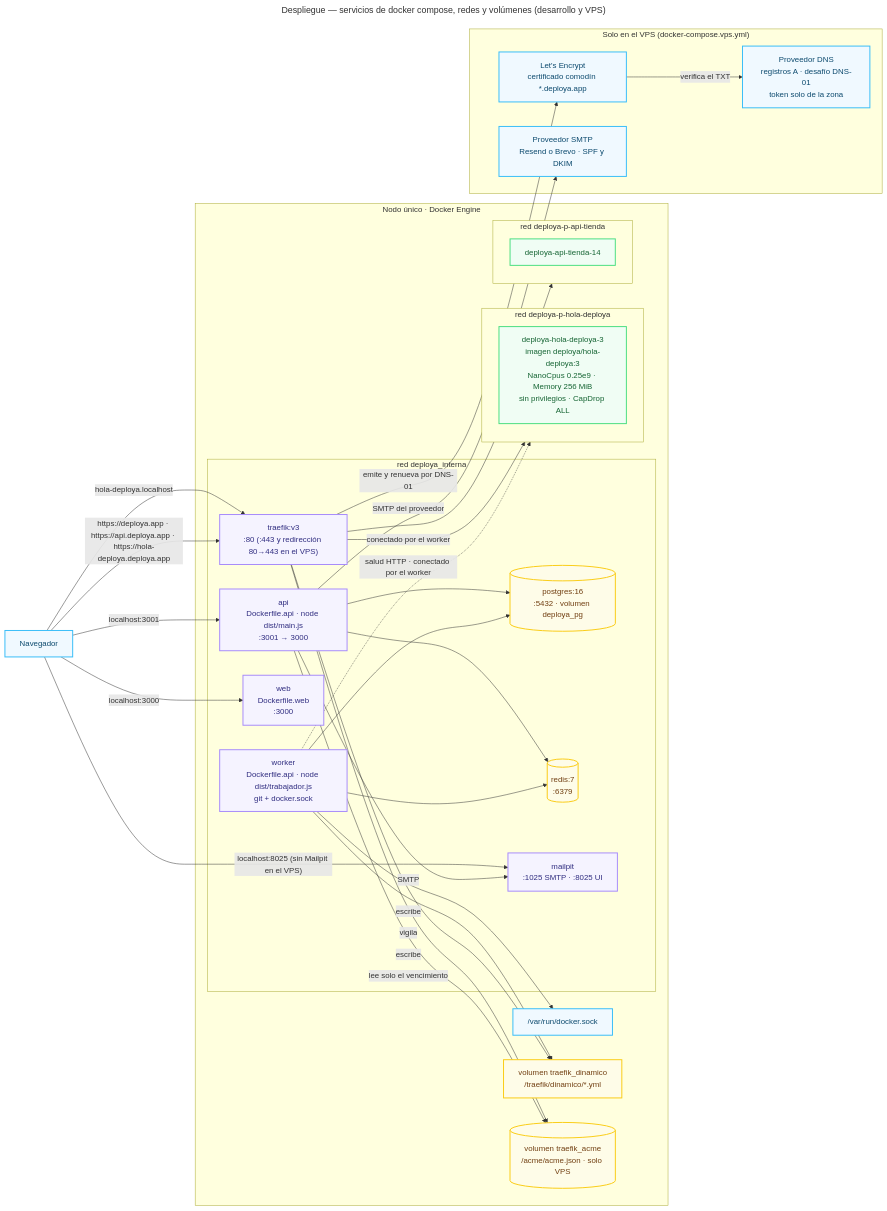
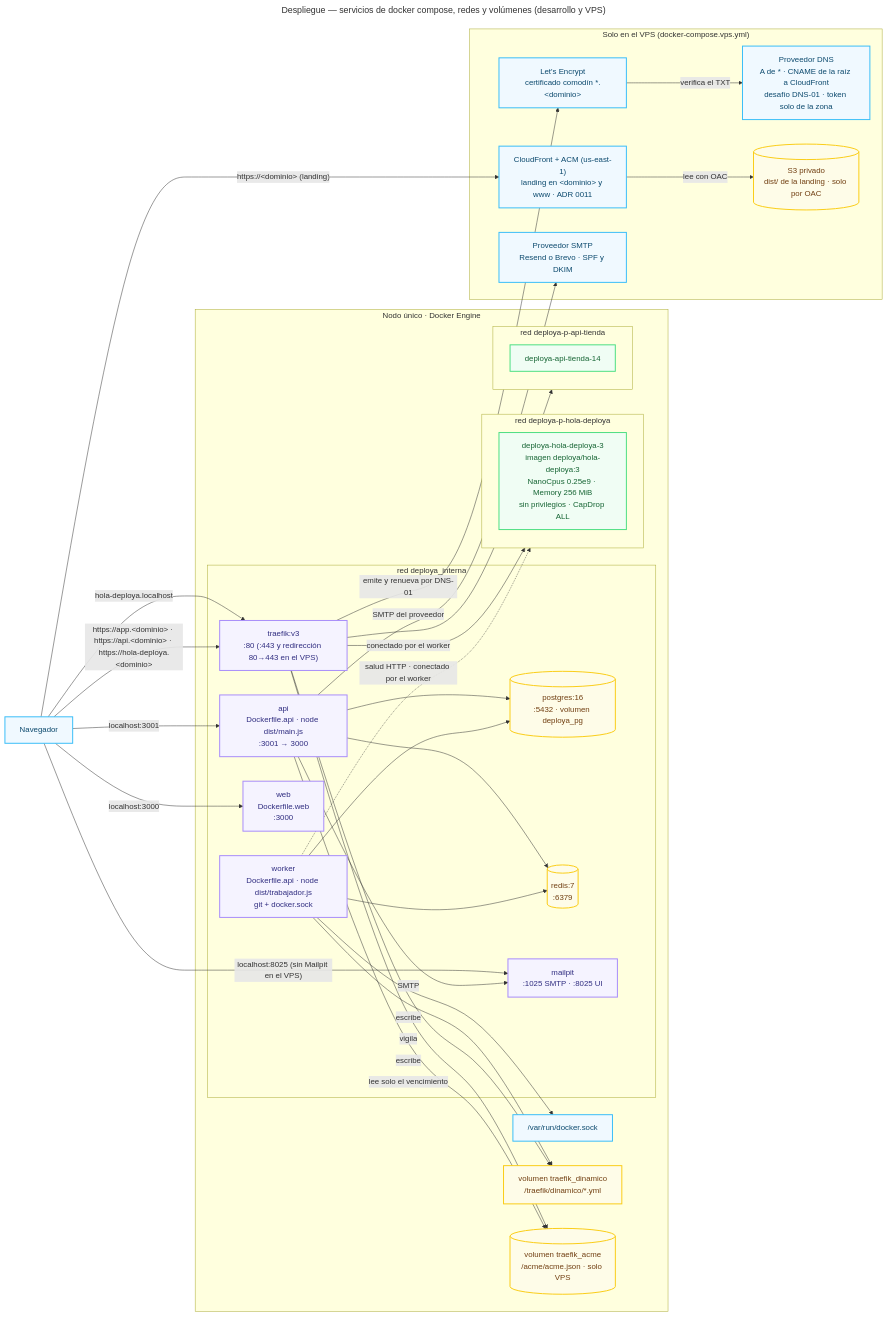
Before and after one commit to derekCmorales/deploya: the diagram in docs/diagramas/compartido/despliegue-infraestructura.mmd, drawn with Mermaid. The commit also changed 22 other files, not shown here.

First line of the commit message:
chore(infra): landing en S3 + CloudFront y la web en app.<dominio>

```diff
--- a/docs/diagramas/compartido/despliegue-infraestructura.mmd
+++ b/docs/diagramas/compartido/despliegue-infraestructura.mmd
@@ -1,66 +1,70 @@
 ---
 title: Despliegue — servicios de docker compose, redes y volúmenes (desarrollo y VPS)
 ---
 flowchart LR
     subgraph HOST["Nodo único · Docker Engine"]
         subgraph RED_INTERNA["red deploya_interna"]
             PG[("postgres:16<br/>:5432 · volumen deploya_pg")]
             RD[("redis:7<br/>:6379")]
             API["api<br/>Dockerfile.api · node dist/main.js<br/>:3001 → 3000"]
             WK["worker<br/>Dockerfile.api · node dist/trabajador.js<br/>git + docker.sock"]
             WEB["web<br/>Dockerfile.web<br/>:3000"]
             MP["mailpit<br/>:1025 SMTP · :8025 UI"]
             TR["traefik:v3<br/>:80 (:443 y redirección 80→443 en el VPS)"]
         end
 
         subgraph RED_P1["red deploya-p-hola-deploya"]
             C1["deploya-hola-deploya-3<br/>imagen deploya/hola-deploya:3<br/>NanoCpus 0.25e9 · Memory 256 MiB<br/>sin privilegios · CapDrop ALL"]
         end
 
         subgraph RED_P2["red deploya-p-api-tienda"]
             C2["deploya-api-tienda-14"]
         end
 
         SOCK["/var/run/docker.sock"]
         VOL["volumen traefik_dinamico<br/>/traefik/dinamico/*.yml"]
         ACME[("volumen traefik_acme<br/>/acme/acme.json · solo VPS")]
     end
 
     subgraph EXTERNOS["Solo en el VPS (docker-compose.vps.yml)"]
-        LE["Let's Encrypt<br/>certificado comodín *.deploya.app"]
-        DNS["Proveedor DNS<br/>registros A · desafío DNS-01<br/>token solo de la zona"]
+        LE["Let's Encrypt<br/>certificado comodín *.&lt;dominio&gt;"]
+        DNS["Proveedor DNS<br/>A de * · CNAME de la raíz a CloudFront<br/>desafío DNS-01 · token solo de la zona"]
+        CF["CloudFront + ACM (us-east-1)<br/>landing en &lt;dominio&gt; y www · ADR 0011"]
+        S3[("S3 privado<br/>dist/ de la landing · solo por OAC")]
         SMTP["Proveedor SMTP<br/>Resend o Brevo · SPF y DKIM"]
     end
 
     NAV["Navegador"]
 
     NAV -->|"localhost:3000"| WEB
     NAV -->|"localhost:3001"| API
     NAV -->|"hola-deploya.localhost"| TR
     NAV -->|"localhost:8025 (sin Mailpit en el VPS)"| MP
-    NAV -->|"https://deploya.app · https://api.deploya.app · https://hola-deploya.deploya.app"| TR
+    NAV -->|"https://app.&lt;dominio&gt; · https://api.&lt;dominio&gt; · https://hola-deploya.&lt;dominio&gt;"| TR
+    NAV -->|"https://&lt;dominio&gt; (landing)"| CF
+    CF -->|"lee con OAC"| S3
     TR -->|"emite y renueva por DNS-01"| LE
     LE -->|"verifica el TXT"| DNS
     TR -->|"escribe"| ACME
     API -->|"lee solo el vencimiento"| ACME
     API -->|"SMTP del proveedor"| SMTP
     API --> PG
     API --> RD
     API -->|SMTP| MP
     WK --> RD
     WK --> PG
     WK --> SOCK
     WK -->|escribe| VOL
     TR -->|"vigila"| VOL
     TR -->|"conectado por el worker"| RED_P1
     TR --> RED_P2
     WK -.->|"salud HTTP · conectado por el worker"| RED_P1
 
     classDef data fill:#fefce8,stroke:#facc15,stroke-width:2px,color:#713f12
     classDef app fill:#f5f3ff,stroke:#a78bfa,stroke-width:2px,color:#312e81
     classDef cliente fill:#f0fdf4,stroke:#4ade80,stroke-width:2px,color:#166534
     classDef ext fill:#f0f9ff,stroke:#38bdf8,stroke-width:2px,color:#0c4a6e
-    class PG,RD,VOL,ACME data
+    class PG,RD,VOL,ACME,S3 data
     class API,WK,WEB,MP,TR app
     class C1,C2 cliente
-    class SOCK,NAV,LE,DNS,SMTP ext
+    class SOCK,NAV,LE,DNS,SMTP,CF ext
```
